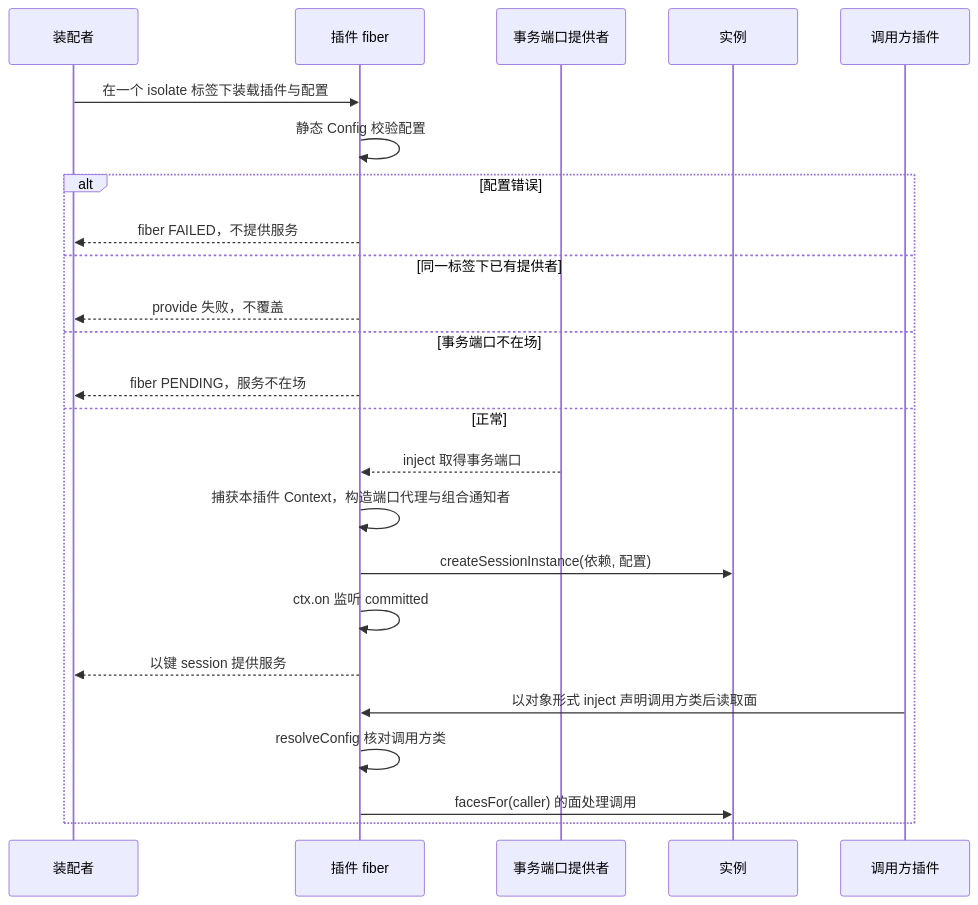
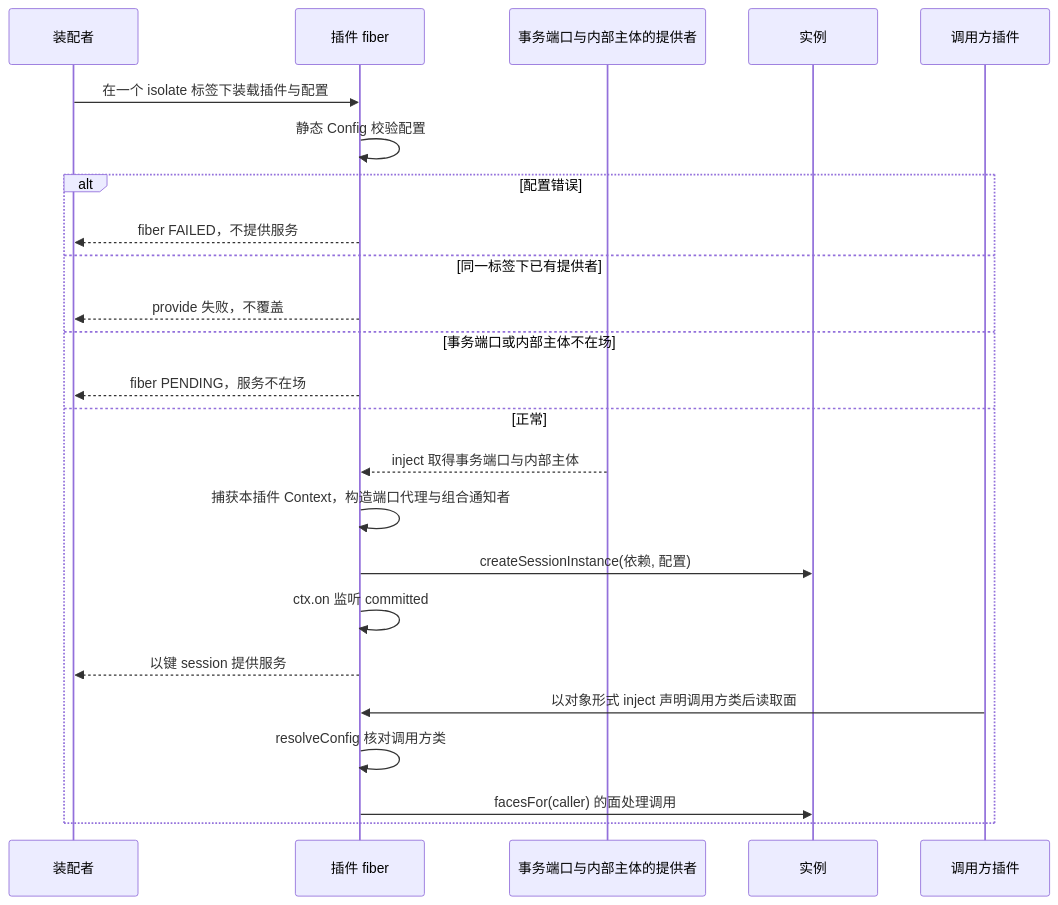
The first of 4 diagrams in packages/session/session-cordis/docs/flows.md (nemori-ai/omne-harness-lite), drawn with Mermaid before and after one commit. The commit also changed other lines of this file and 14 other files, not shown here.

````diff
--- a/packages/session/session-cordis/docs/flows.md
+++ b/packages/session/session-cordis/docs/flows.md
@@ -13,26 +13,26 @@
 ```mermaid
 sequenceDiagram
   participant A as 装配者
   participant F as 插件 fiber
-  participant T as 事务端口提供者
+  participant T as 事务端口与内部主体的提供者
   participant I as 实例
   participant L as 调用方插件
   A->>F: 在一个 isolate 标签下装载插件与配置
   F->>F: 静态 Config 校验配置
   alt 配置错误
     F-->>A: fiber FAILED，不提供服务
   else 同一标签下已有提供者
     F-->>A: provide 失败，不覆盖
-  else 事务端口不在场
+  else 事务端口或内部主体不在场
     F-->>A: fiber PENDING，服务不在场
   else 正常
-    T-->>F: inject 取得事务端口
+    T-->>F: inject 取得事务端口与内部主体
     F->>F: 捕获本插件 Context，构造端口代理与组合通知者
     F->>I: createSessionInstance(依赖, 配置)
     F->>F: ctx.on 监听 committed
     F-->>A: 以键 session 提供服务
     L->>F: 以对象形式 inject 声明调用方类后读取面
     F->>F: resolveConfig 核对调用方类
     F->>I: facesFor(caller) 的面处理调用
   end
 ```
````
